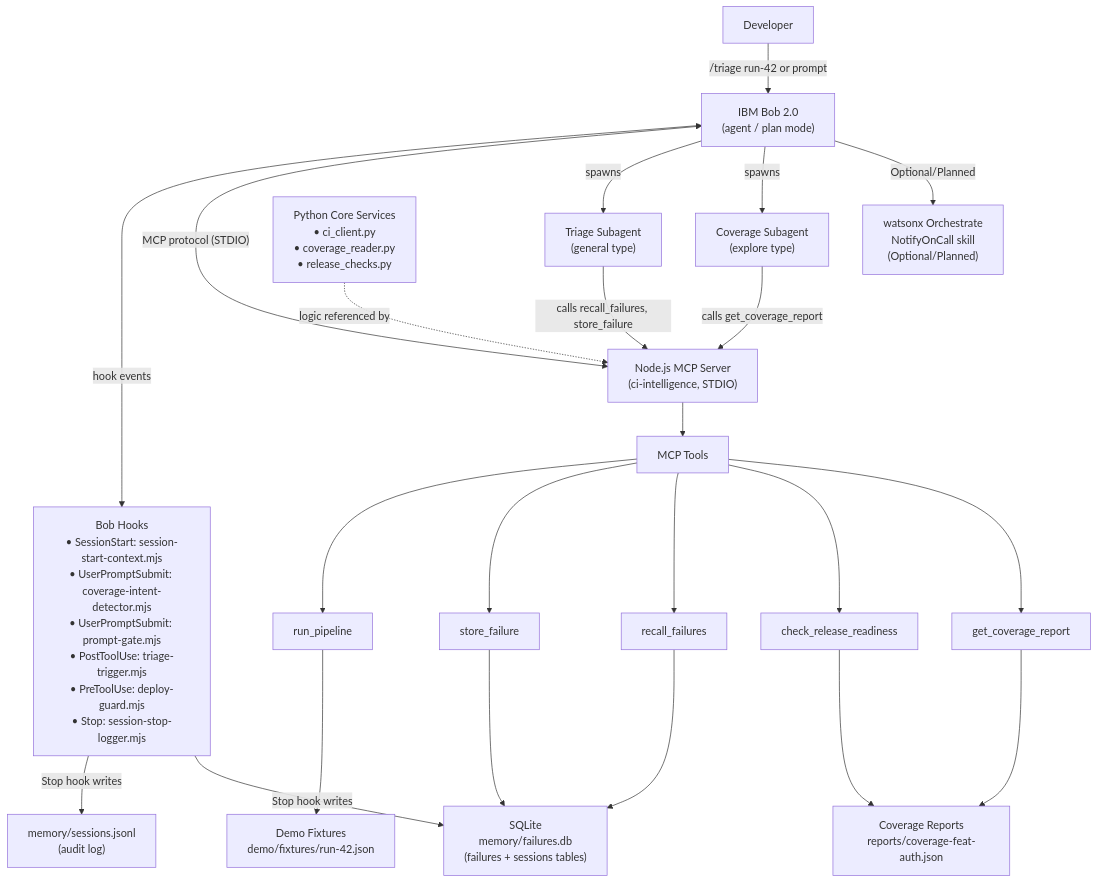
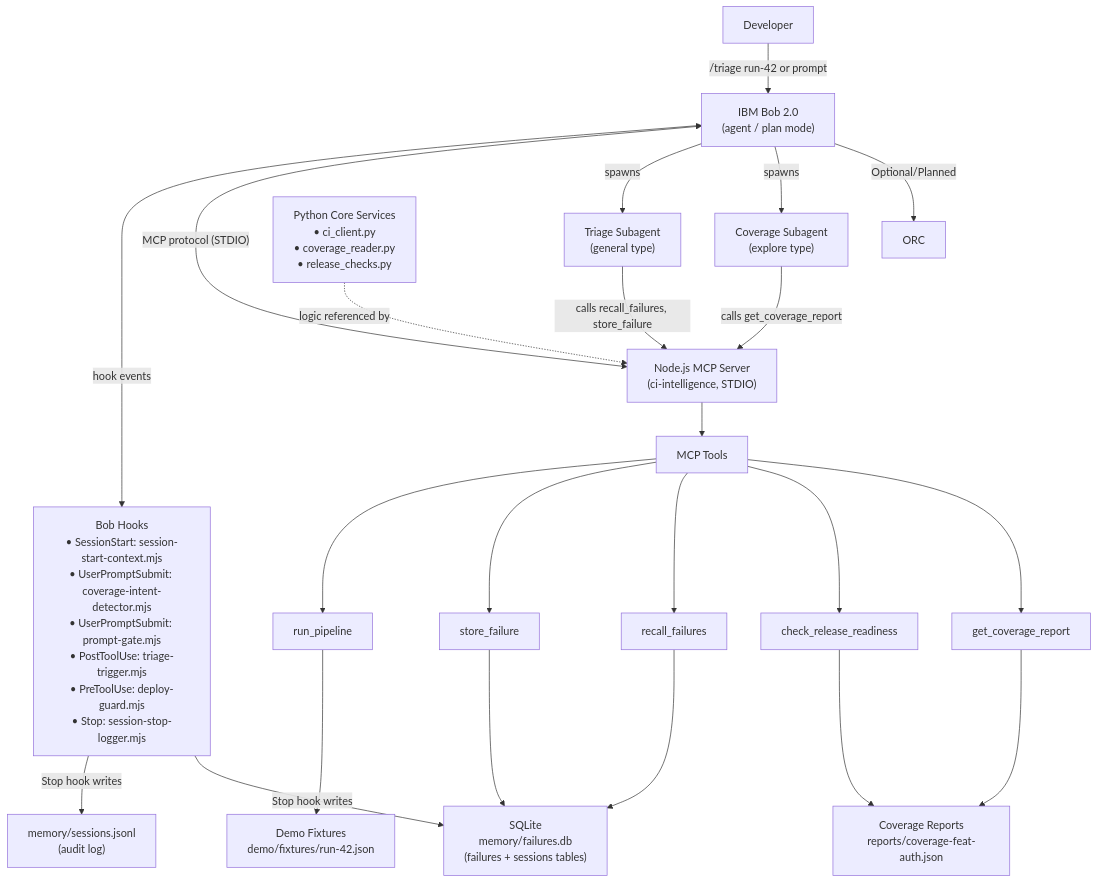
Before and after one commit to SiddharthAgr/ibm_hackethon_4play: the diagram in README.md, drawn with Mermaid.

Commit message:
Removing the optional part

````diff
--- a/README.md
+++ b/README.md
@@ -76,44 +76,43 @@
 ```mermaid
 flowchart TD
     DEV["Developer"]
     BOB["IBM Bob 2.0\n(agent / plan mode)"]
     HOOKS["Bob Hooks\n• SessionStart: session-start-context.mjs\n• UserPromptSubmit: coverage-intent-detector.mjs\n• UserPromptSubmit: prompt-gate.mjs\n• PostToolUse: triage-trigger.mjs\n• PreToolUse: deploy-guard.mjs\n• Stop: session-stop-logger.mjs"]
     MCP["Node.js MCP Server\n(ci-intelligence, STDIO)"]
     TRIAGE["Triage Subagent\n(general type)"]
     COVERAGE["Coverage Subagent\n(explore type)"]
     TOOLS["MCP Tools"]
     RP["run_pipeline"]
     SF["store_failure"]
     RF["recall_failures"]
     CRR["check_release_readiness"]
     GCR["get_coverage_report"]
     PY["Python Core Services\n• ci_client.py\n• coverage_reader.py\n• release_checks.py"]
     DB["SQLite\nmemory/failures.db\n(failures + sessions tables)"]
     FIXTURES["Demo Fixtures\ndemo/fixtures/run-42.json"]
     REPORTS["Coverage Reports\nreports/coverage-feat-auth.json"]
     JSONL["memory/sessions.jsonl\n(audit log)"]
-    ORC["watsonx Orchestrate\nNotifyOnCall skill\n(Optional/Planned)"]
 
     DEV -->|"/triage run-42 or prompt"| BOB
     BOB <-->|"hook events"| HOOKS
     BOB <-->|"MCP protocol (STDIO)"| MCP
     BOB -->|"spawns"| TRIAGE
     BOB -->|"spawns"| COVERAGE
     TRIAGE -->|"calls recall_failures, store_failure"| MCP
     COVERAGE -->|"calls get_coverage_report"| MCP
     MCP --> TOOLS
     TOOLS --> RP
     TOOLS --> SF
     TOOLS --> RF
     TOOLS --> CRR
     TOOLS --> GCR
     RP --> FIXTURES
     GCR --> REPORTS
     CRR --> REPORTS
     SF --> DB
     RF --> DB
     HOOKS -->|"Stop hook writes"| JSONL
     HOOKS -->|"Stop hook writes"| DB
     BOB -->|"Optional/Planned"| ORC
     PY -.->|"logic referenced by"| MCP
 ```
````
